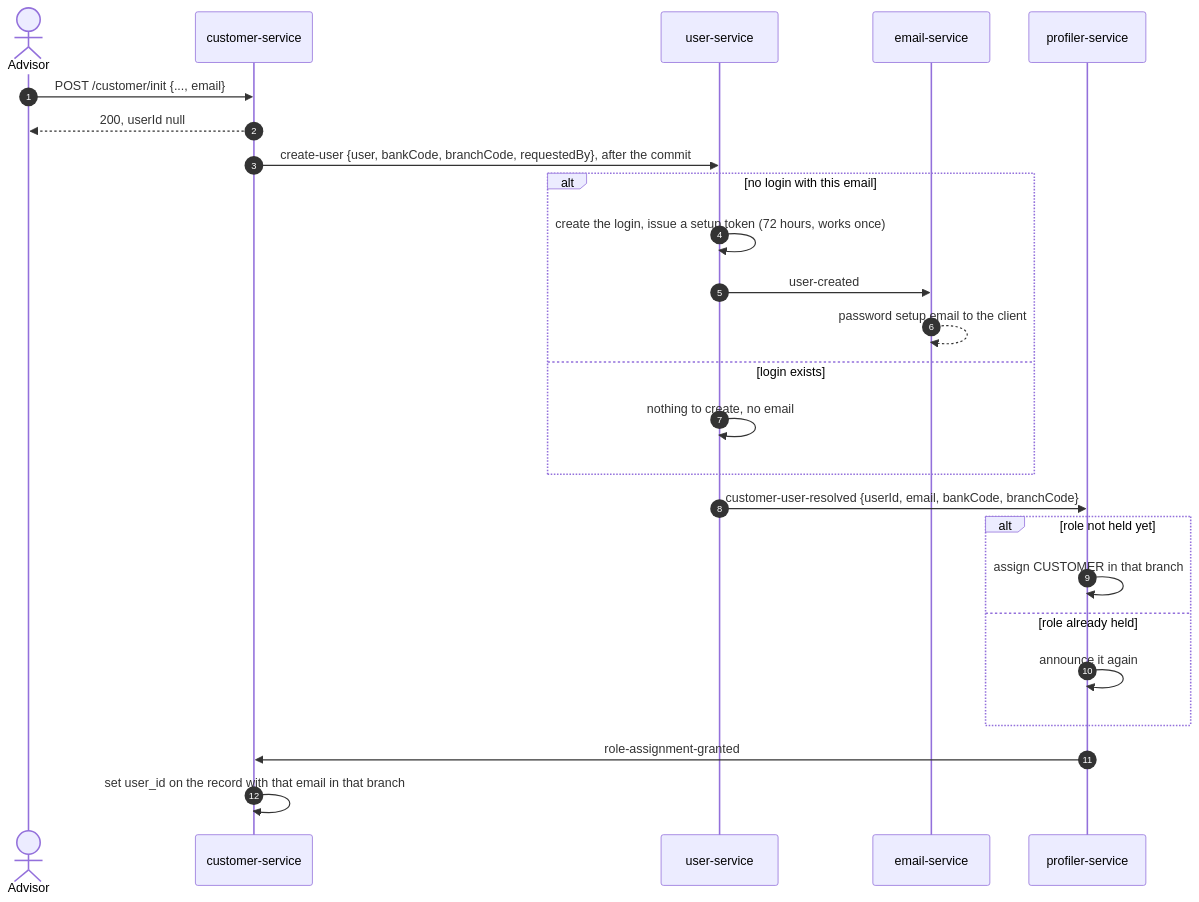
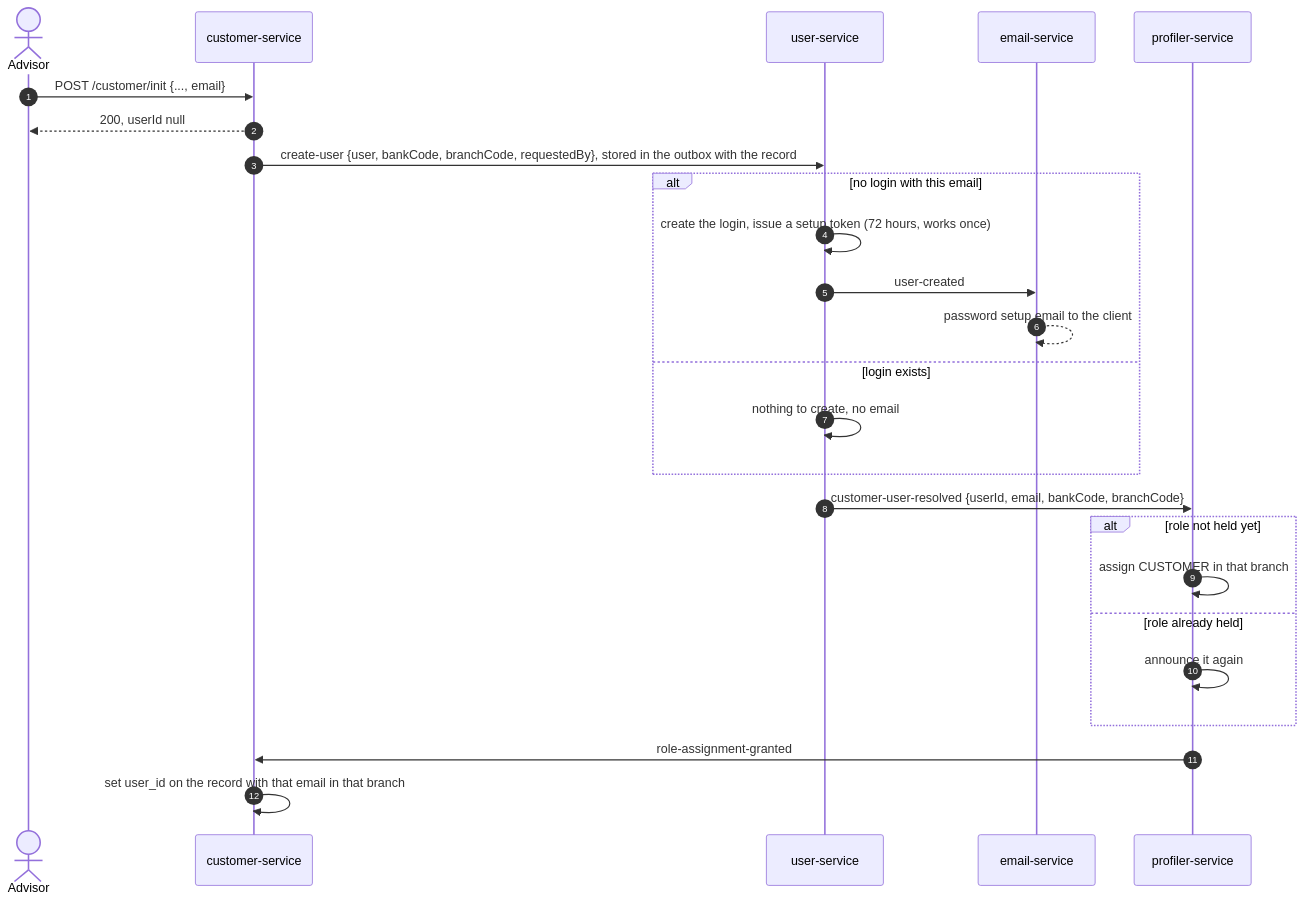
The diagram in docs/domain/process/onboarding/customer-onboarding/customer-onboarding-process.md (RaffSStein/Wealth-Management-Platform-BE), drawn with Mermaid before and after one commit. The commit also changed other lines of this file and 5 other files, not shown here.

````diff
--- a/docs/domain/process/onboarding/customer-onboarding/customer-onboarding-process.md
+++ b/docs/domain/process/onboarding/customer-onboarding/customer-onboarding-process.md
@@ -31,27 +31,27 @@
 ```mermaid
 sequenceDiagram
     autonumber
     actor A as Advisor
     participant CS as customer-service
     participant US as user-service
     participant ES as email-service
     participant PS as profiler-service
     A->>CS: POST /customer/init {..., email}
     CS-->>A: 200, userId null
-    CS->>US: create-user {user, bankCode, branchCode, requestedBy}, after the commit
+    CS->>US: create-user {user, bankCode, branchCode, requestedBy}, stored in the outbox with the record
     alt no login with this email
         US->>US: create the login, issue a setup token (72 hours, works once)
         US->>ES: user-created
         ES-->>ES: password setup email to the client
     else login exists
         US->>US: nothing to create, no email
     end
     US->>PS: customer-user-resolved {userId, email, bankCode, branchCode}
     alt role not held yet
         PS->>PS: assign CUSTOMER in that branch
     else role already held
         PS->>PS: announce it again
     end
     PS->>CS: role-assignment-granted
     CS->>CS: set user_id on the record with that email in that branch
 ```
````
